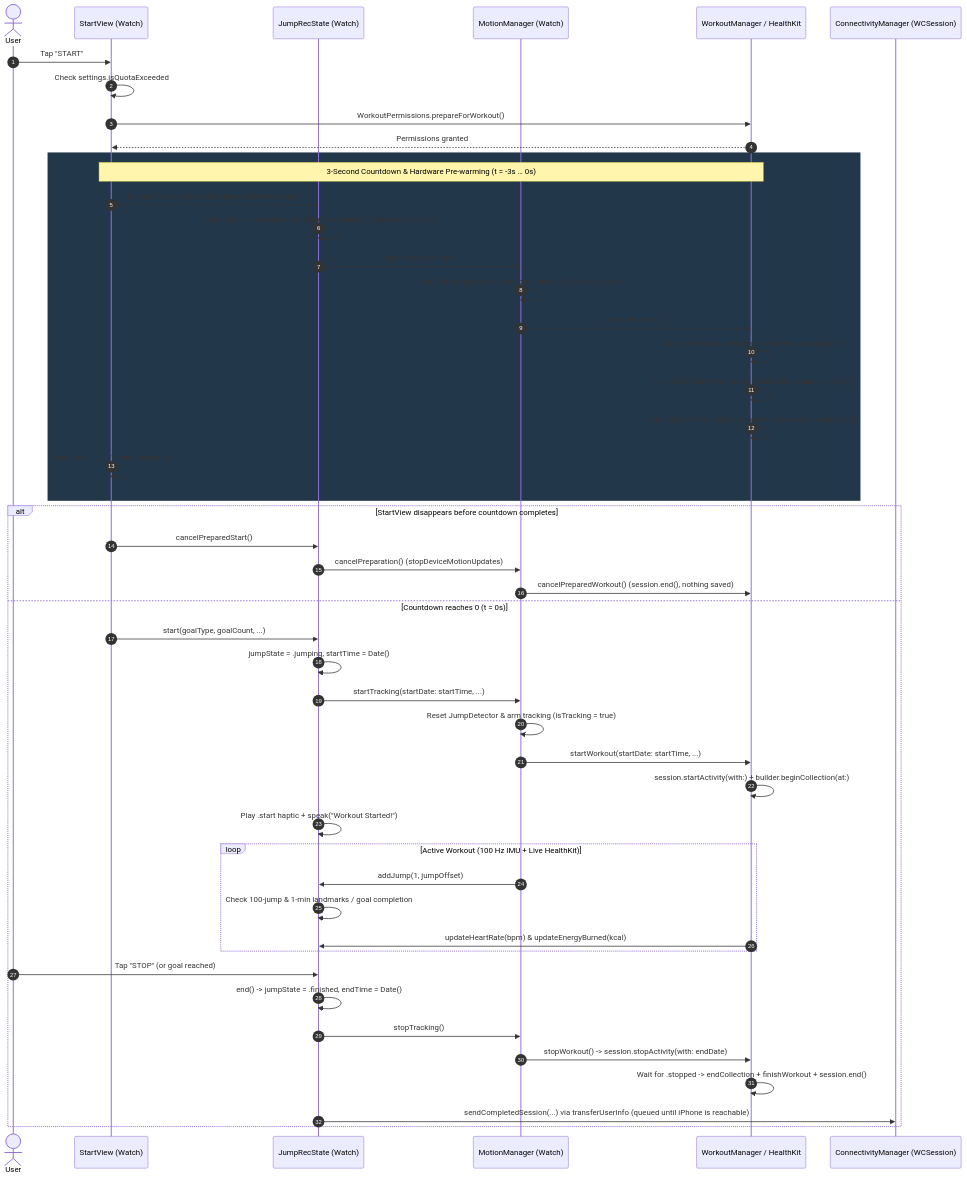
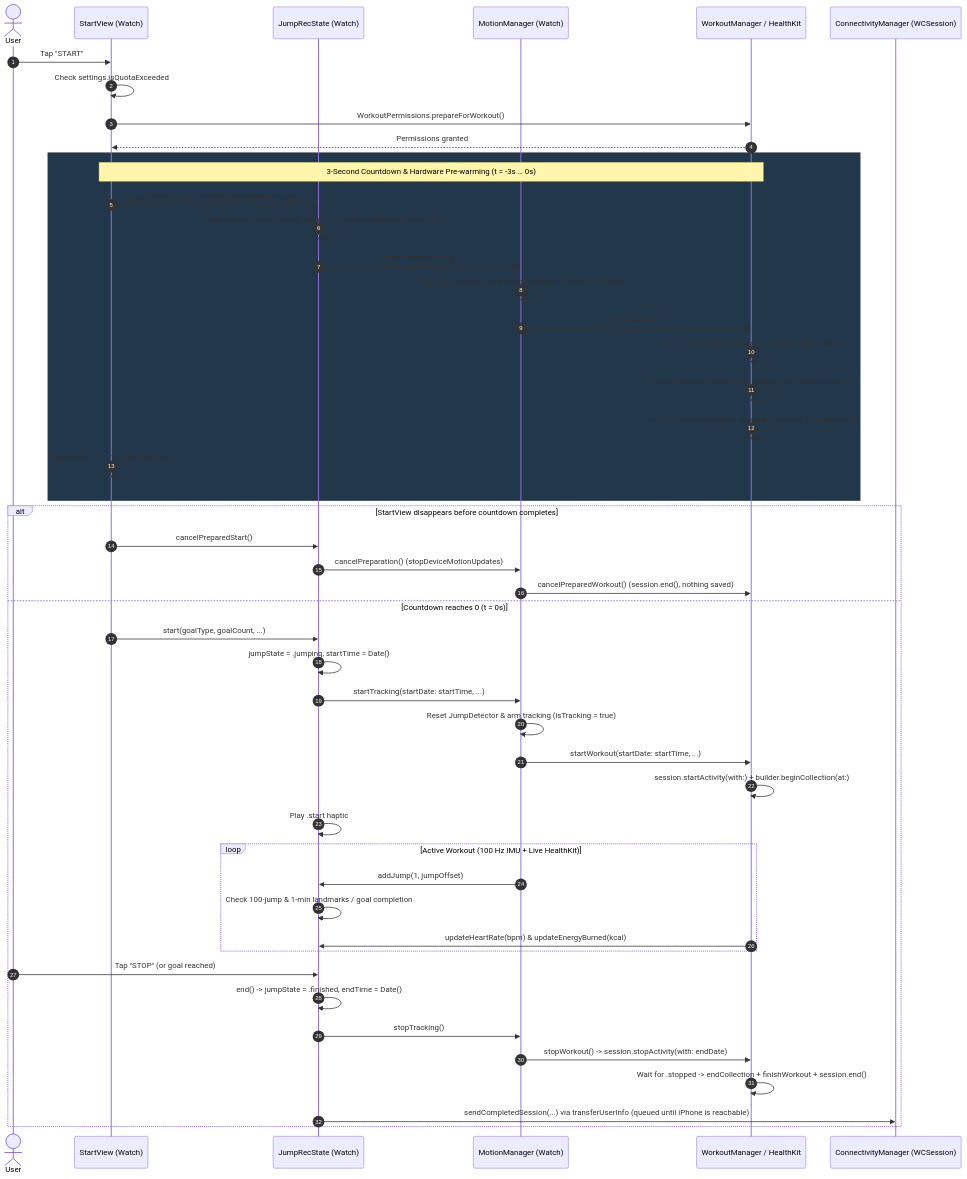
The second of 3 diagrams in Docs/workout-session-lifecycle.md (jinyongnan810/JumpRec), drawn with Mermaid before and after one commit. The commit also changed 2 other files, not shown here.

Commit message:
fix: remove watch start speech and harden watch speech warmup

````diff
--- a/Docs/workout-session-lifecycle.md
+++ b/Docs/workout-session-lifecycle.md
@@ -119,55 +119,55 @@
 ```mermaid
 sequenceDiagram
     autonumber
     actor User
     participant Start as StartView (Watch)
     participant WState as JumpRecState (Watch)
     participant WMotion as MotionManager (Watch)
     participant WHK as WorkoutManager / HealthKit
     participant WC as ConnectivityManager (WCSession)
 
     User->>Start: Tap "START"
     Start->>Start: Check settings.isQuotaExceeded
     Start->>WHK: WorkoutPermissions.prepareForWorkout()
     WHK-->>Start: Permissions granted
 
     rect rgb(35, 55, 75)
         Note over Start,WHK: 3-Second Countdown & Hardware Pre-warming (t = -3s … 0s)
         Start->>WState: prepareForStart(thresholdAdjustmentPercentage)
         WState->>WState: prepareSpeechForWorkout() (silent AVSpeechSynthesizer warmup)
         WState->>WMotion: prepareForWorkout()
         WMotion->>WMotion: Start 100 Hz startDeviceMotionUpdates (isTracking = false)
         WMotion->>WHK: prepareWorkout()
         WHK->>WHK: Create HKWorkoutSession + HKLiveWorkoutBuilder
         WHK->>WHK: session.prepare() (warms up optical HR & calorie sensors)
         WHK->>WHK: Attempt startMirroringToCompanionDevice() (non-blocking)
         Start->>Start: Animate 3 … 2 … 1 countdown ring
     end
 
     alt StartView disappears before countdown completes
         Start->>WState: cancelPreparedStart()
         WState->>WMotion: cancelPreparation() (stopDeviceMotionUpdates)
         WMotion->>WHK: cancelPreparedWorkout() (session.end(), nothing saved)
     else Countdown reaches 0 (t = 0s)
         Start->>WState: start(goalType, goalCount, ...)
         WState->>WState: jumpState = .jumping, startTime = Date()
         WState->>WMotion: startTracking(startDate: startTime, ...)
         WMotion->>WMotion: Reset JumpDetector & arm tracking (isTracking = true)
         WMotion->>WHK: startWorkout(startDate: startTime, ...)
         WHK->>WHK: session.startActivity(with:) + builder.beginCollection(at:)
-        WState->>WState: Play .start haptic + speak("Workout Started!")
+        WState->>WState: Play .start haptic
 
         loop Active Workout (100 Hz IMU + Live HealthKit)
             WMotion->>WState: addJump(1, jumpOffset)
             WState->>WState: Check 100-jump & 1-min landmarks / goal completion
             WHK->>WState: updateHeartRate(bpm) & updateEnergyBurned(kcal)
         end
 
         User->>WState: Tap "STOP" (or goal reached)
         WState->>WState: end() -> jumpState = .finished, endTime = Date()
         WState->>WMotion: stopTracking()
         WMotion->>WHK: stopWorkout() -> session.stopActivity(with: endDate)
         WHK->>WHK: Wait for .stopped -> endCollection + finishWorkout + session.end()
         WState->>WC: sendCompletedSession(...) via transferUserInfo (queued until iPhone is reachable)
     end
 ```
````
